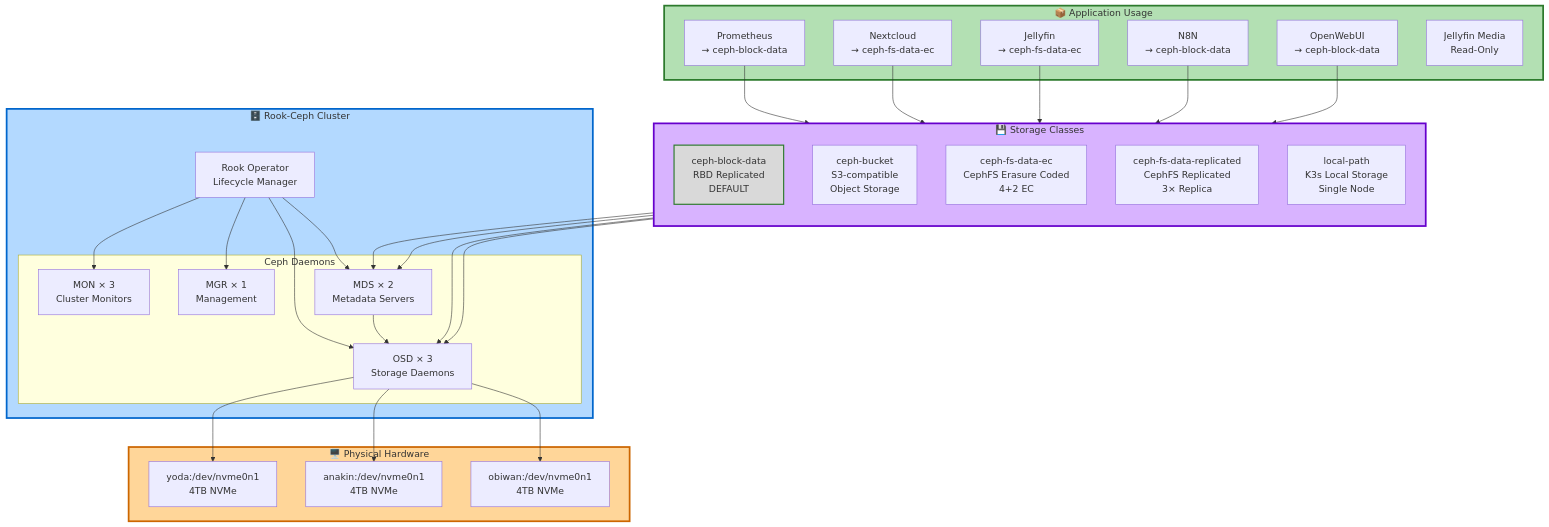
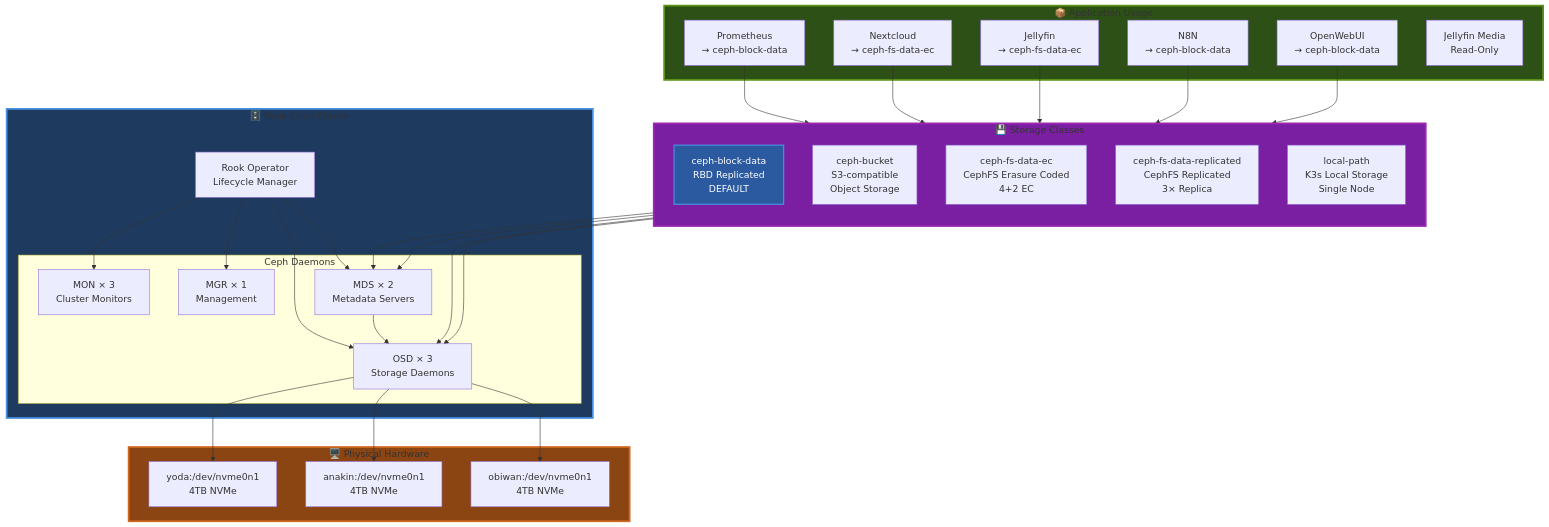
One commit to seadogger-tech/seadogger-homelab changed the fourth of 6 diagrams in docs/wiki/02-Architecture.md. Above: the diagram before and after it, drawn with Mermaid. The commit also changed other lines of this file and 1 other file, not shown here.

First line of the commit message:
Revert to original dark color scheme for diagram blocks

````diff
--- a/docs/wiki/02-Architecture.md
+++ b/docs/wiki/02-Architecture.md
@@ -221,64 +221,64 @@
 ```mermaid
 graph TB
     subgraph RookCeph["🗄️ Rook-Ceph Cluster"]
         Operator[Rook Operator<br/>Lifecycle Manager]
 
         subgraph Daemons["Ceph Daemons"]
             MON[MON × 3<br/>Cluster Monitors]
             MGR[MGR × 1<br/>Management]
             OSD[OSD × 3<br/>Storage Daemons]
             MDS[MDS × 2<br/>Metadata Servers]
         end
     end
 
     subgraph Storage["💾 Storage Classes"]
         direction TB
         Default[ceph-block-data<br/>RBD Replicated<br/>DEFAULT]
         Bucket[ceph-bucket<br/>S3-compatible<br/>Object Storage]
         FSEC[ceph-fs-data-ec<br/>CephFS Erasure Coded<br/>4+2 EC]
         FSRep[ceph-fs-data-replicated<br/>CephFS Replicated<br/>3× Replica]
         LocalPath[local-path<br/>K3s Local Storage<br/>Single Node]
     end
 
     subgraph Hardware["🖥️ Physical Hardware"]
         NVMe1[yoda:/dev/nvme0n1<br/>4TB NVMe]
         NVMe2[anakin:/dev/nvme0n1<br/>4TB NVMe]
         NVMe3[obiwan:/dev/nvme0n1<br/>4TB NVMe]
     end
 
     subgraph AppsLayer["📦 Application Usage"]
         PrometheusApp[Prometheus<br/>→ ceph-block-data]
         NextcloudApp[Nextcloud<br/>→ ceph-fs-data-ec]
         JellyfinApp[Jellyfin<br/>→ ceph-fs-data-ec]
         N8NApp[N8N<br/>→ ceph-block-data]
         OpenWebUIApp[OpenWebUI<br/>→ ceph-block-data]
         JellyfinMedia[Jellyfin Media<br/>Read-Only]
     end
 
     Operator --> MON
     Operator --> MGR
     Operator --> OSD
     Operator --> MDS
 
     OSD --> NVMe1
     OSD --> NVMe2
     OSD --> NVMe3
 
     Default --> OSD
     Bucket --> OSD
     FSEC --> MDS
     FSRep --> MDS
     MDS --> OSD
 
     PrometheusApp --> Default
     NextcloudApp --> FSEC
     JellyfinApp --> FSEC
     N8NApp --> Default
     OpenWebUIApp --> Default
 
-    style RookCeph fill:#b3d9ff,stroke:#0066cc,stroke-width:3px
-    style Storage fill:#d8b3ff,stroke:#6600cc,stroke-width:3px
-    style Hardware fill:#ffd699,stroke:#cc6600,stroke-width:3px
-    style AppsLayer fill:#b3e0b3,stroke:#2d7a2d,stroke-width:3px
-    style Default fill:#d9d9d9,stroke:#2d7a2d,stroke-width:2px
+    style RookCeph fill:#1e3a5f,stroke:#4a90e2,stroke-width:3px
+    style Storage fill:#7b1fa2,stroke:#9c27b0,stroke-width:3px
+    style Hardware fill:#8b4513,stroke:#d2691e,stroke-width:3px
+    style AppsLayer fill:#2d5016,stroke:#5a9216,stroke-width:3px
+    style Default fill:#2c5aa0,stroke:#4a90e2,stroke-width:2px,color:#fff
 ```
````
